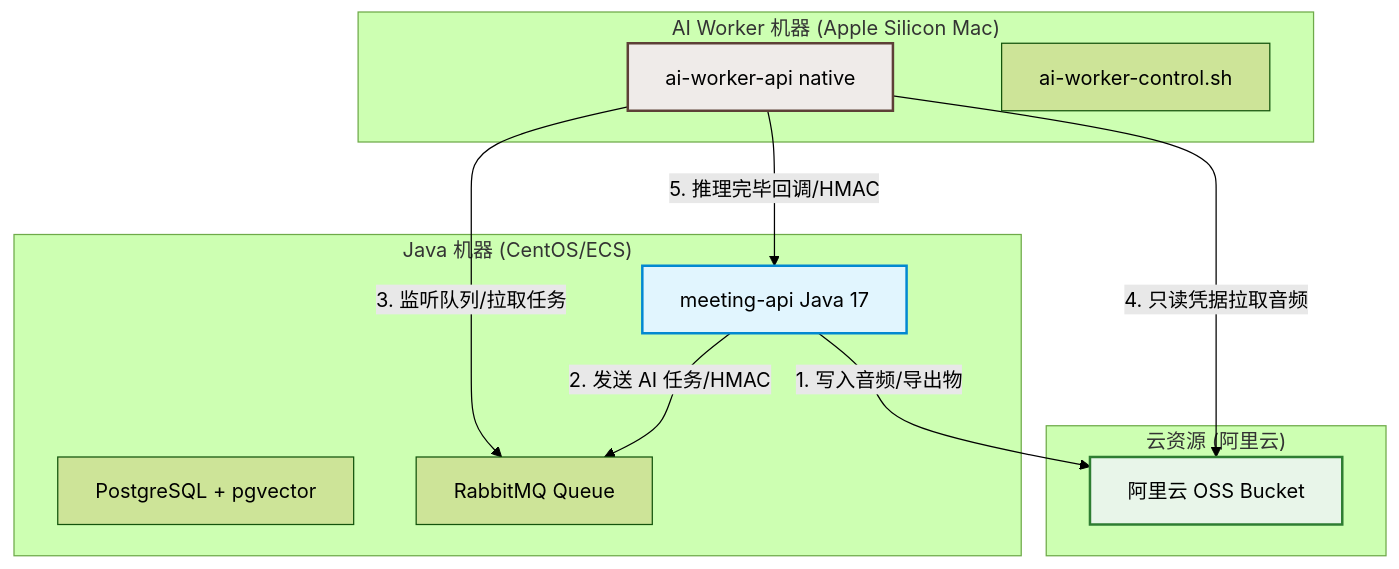
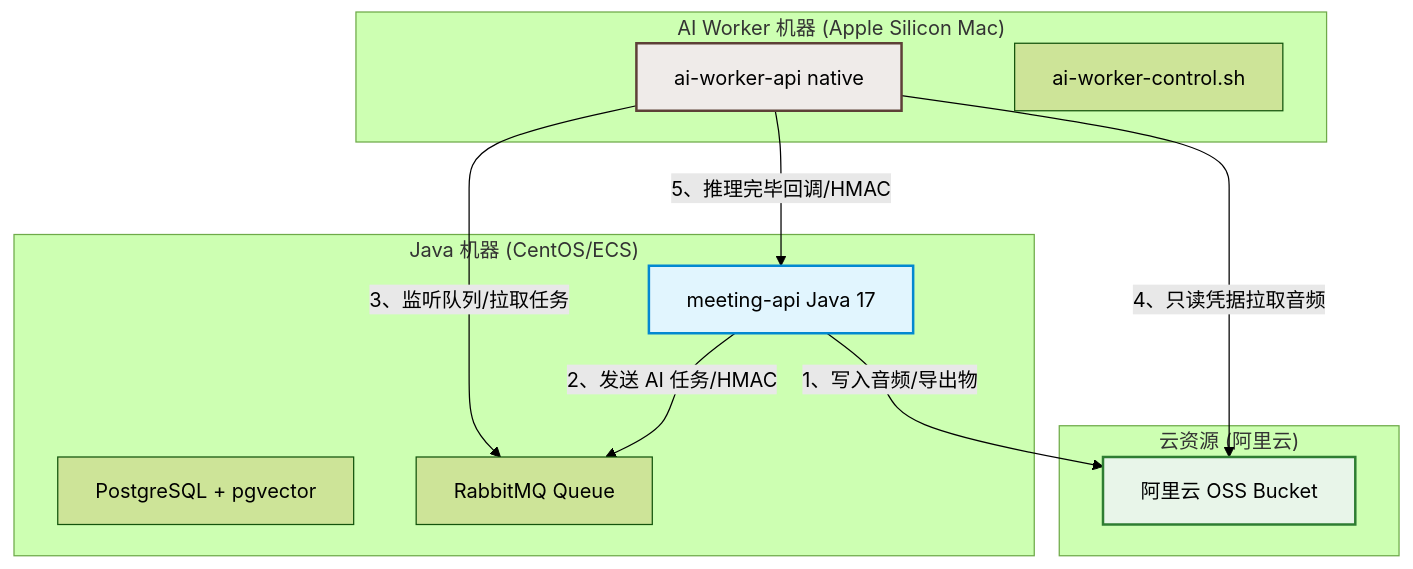
The diagram in docs/runbooks/ai-worker-apple-silicon.md (JAHSEH618/meeting), drawn with Mermaid (forest theme) before and after one commit. The commit also changed 1 other file, not shown here.

Commit message:
fix(docs): change Mermaid arrow labels to prevent unsupported markdown list parsing

````diff
--- a/docs/runbooks/ai-worker-apple-silicon.md
+++ b/docs/runbooks/ai-worker-apple-silicon.md
@@ -20,28 +20,28 @@
 ```mermaid
 graph TD
     subgraph id1 ["Java 机器 (CentOS/ECS)"]
         java["meeting-api Java 17"]
         pg["PostgreSQL + pgvector"]
         mq["RabbitMQ Queue"]
     end
 
     subgraph id2 ["AI Worker 机器 (Apple Silicon Mac)"]
         worker["ai-worker-api native"]
         control["ai-worker-control.sh"]
     end
 
     subgraph id3 ["云资源 (阿里云)"]
         oss["阿里云 OSS Bucket"]
     end
 
     %% Flow lines
-    java -->|1. 写入音频/导出物| oss
-    java -->|2. 发送 AI 任务/HMAC| mq
-    worker -->|3. 监听队列/拉取任务| mq
-    worker -->|4. 只读凭据拉取音频| oss
-    worker -->|5. 推理完毕回调/HMAC| java
+    java -->|"1、写入音频/导出物"| oss
+    java -->|"2、发送 AI 任务/HMAC"| mq
+    worker -->|"3、监听队列/拉取任务"| mq
+    worker -->|"4、只读凭据拉取音频"| oss
+    worker -->|"5、推理完毕回调/HMAC"| java
 
     style java fill:#e1f5fe,stroke:#0288d1,stroke-width:2px
     style worker fill:#efebe9,stroke:#5d4037,stroke-width:2px
     style oss fill:#e8f5e9,stroke:#2e7d32,stroke-width:2px
 ```
````
